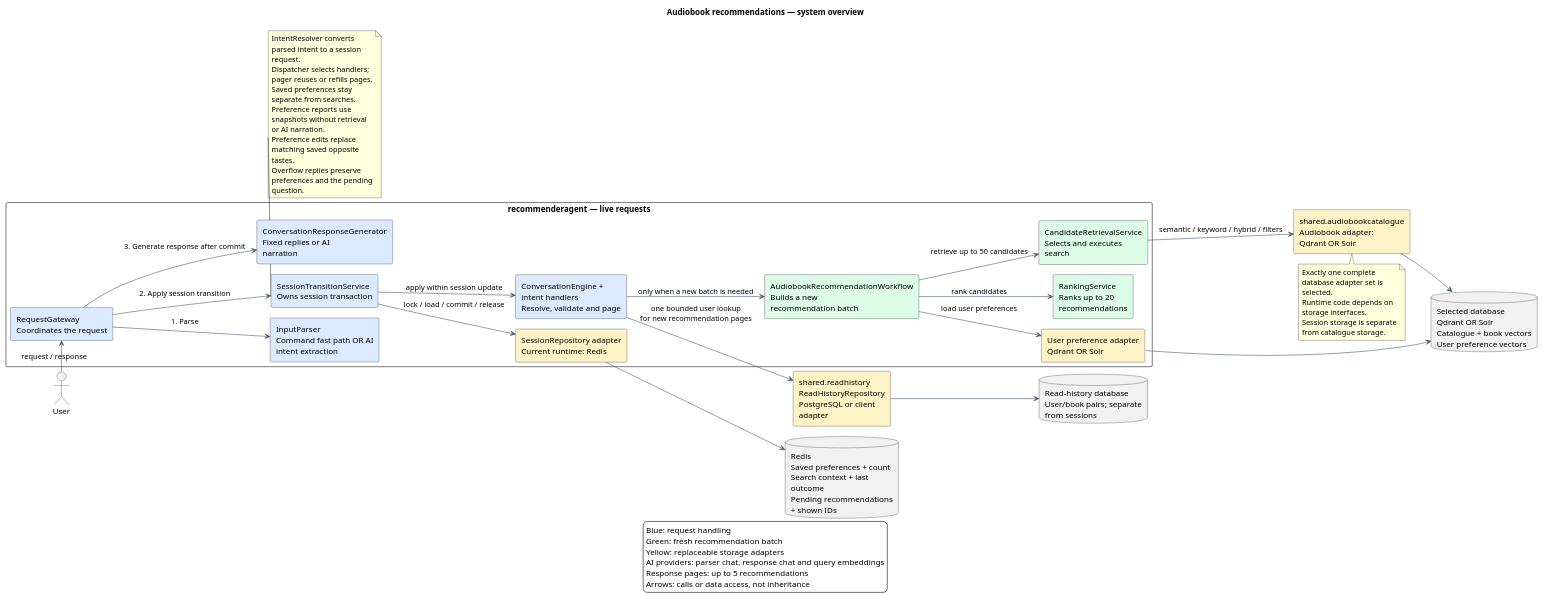
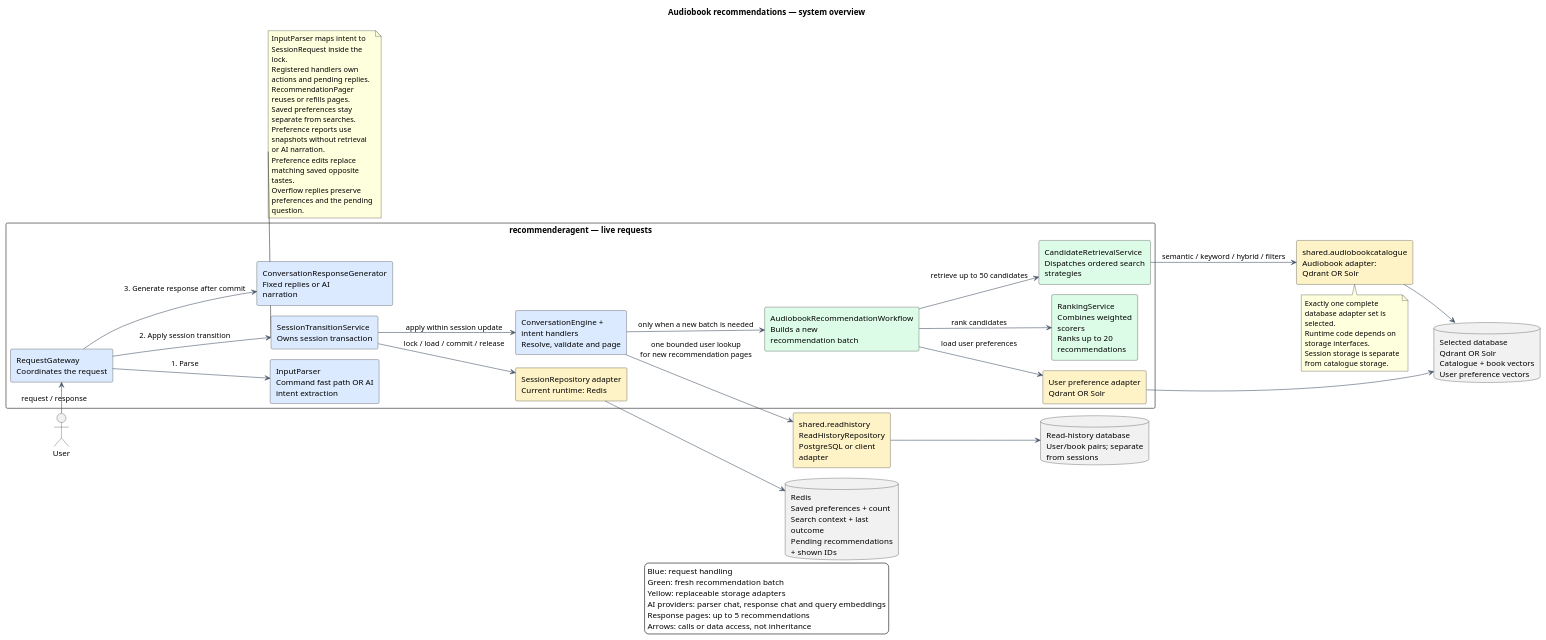
Before and after one commit to Juliu9/IT-Project: the diagram in docs/diagrams/system-overview.puml, drawn with PlantUML. The commit also changed 12 other files, not shown here.

```diff
--- a/docs/diagrams/system-overview.puml
+++ b/docs/diagrams/system-overview.puml
@@ -1,70 +1,71 @@
 @startuml
 !pragma layout smetana
 title Audiobook recommendations — system overview
 left to right direction
 skinparam backgroundColor #FFFFFF
 skinparam shadowing false
 skinparam componentStyle rectangle
 skinparam defaultFontName SansSerif
 skinparam ArrowColor #475569
 skinparam packageStyle rectangle
 skinparam wrapWidth 180
 
 actor User
 package "recommenderagent — live requests" {
   component "RequestGateway\nCoordinates the request" as Gateway #DBEAFE
   component "InputParser\nCommand fast path OR AI intent extraction" as Parser #DBEAFE
   component "SessionTransitionService\nOwns session transaction" as Session #DBEAFE
   component "ConversationEngine + intent handlers\nResolve, validate and page" as Engine #DBEAFE
   component "AudiobookRecommendationWorkflow\nBuilds a new recommendation batch" as Workflow #DCFCE7
-  component "CandidateRetrievalService\nSelects and executes search" as Retrieval #DCFCE7
-  component "RankingService\nRanks up to 20 recommendations" as Ranking #DCFCE7
+  component "CandidateRetrievalService\nDispatches ordered search strategies" as Retrieval #DCFCE7
+  component "RankingService\nCombines weighted scorers\nRanks up to 20 recommendations" as Ranking #DCFCE7
   component "ConversationResponseGenerator\nFixed replies or AI narration" as Response #DBEAFE
   component "User preference adapter\nQdrant OR Solr" as UserAdapter #FEF3C7
   component "SessionRepository adapter\nCurrent runtime: Redis" as SessionStore #FEF3C7
 }
 component "shared.audiobookcatalogue\nAudiobook adapter: Qdrant OR Solr" as Adapter #FEF3C7
 component "shared.readhistory\nReadHistoryRepository\nPostgreSQL or client adapter" as ReadHistory #FEF3C7
 database "Selected database\nQdrant OR Solr\nCatalogue + book vectors\nUser preference vectors" as Qdrant
 database "Redis\nSaved preferences + count\nSearch context + last outcome\nPending recommendations + shown IDs" as Redis
 database "Read-history database\nUser/book pairs; separate from sessions" as HistoryDatabase
 
 User -right-> Gateway : request / response
 Gateway --> Parser : 1. Parse
 Gateway --> Session : 2. Apply session transition
 Session --> SessionStore : lock / load / commit / release
 SessionStore --> Redis
 Session --> Engine : apply within session update
 Engine --> ReadHistory : one bounded user lookup\nfor new recommendation pages
 ReadHistory --> HistoryDatabase
 Engine --> Workflow : only when a new batch is needed
 Workflow --> UserAdapter : load user preferences
 UserAdapter --> Qdrant
 Workflow --> Retrieval : retrieve up to 50 candidates
 Retrieval --> Adapter : semantic / keyword / hybrid / filters
 Adapter --> Qdrant
 Workflow --> Ranking : rank candidates
 Gateway --> Response : 3. Generate response after commit
 
 note bottom of Session
-  IntentResolver converts parsed intent to a session request.
-  Dispatcher selects handlers; pager reuses or refills pages.
+  InputParser maps intent to SessionRequest inside the lock.
+  Registered handlers own actions and pending replies.
+  RecommendationPager reuses or refills pages.
   Saved preferences stay separate from searches.
   Preference reports use snapshots without retrieval or AI narration.
   Preference edits replace matching saved opposite tastes.
   Overflow replies preserve preferences and the pending question.
 end note
 note bottom of Adapter
   Exactly one complete database adapter set is selected.
   Runtime code depends on storage interfaces.
   Session storage is separate from catalogue storage.
 end note
 legend bottom
   Blue: request handling
   Green: fresh recommendation batch
   Yellow: replaceable storage adapters
   AI providers: parser chat, response chat and query embeddings
   Response pages: up to 5 recommendations
   Arrows: calls or data access, not inheritance
 endlegend
 @enduml
```
